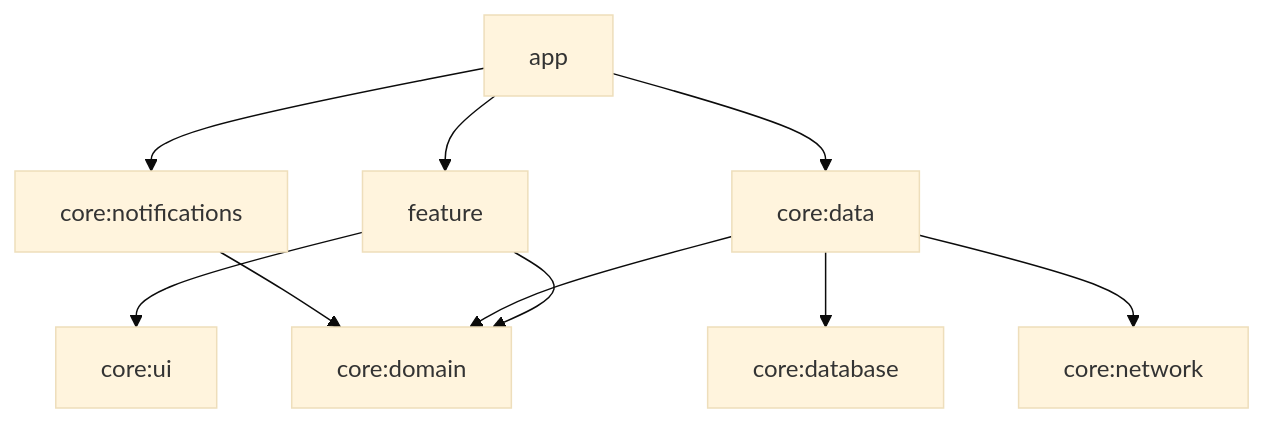
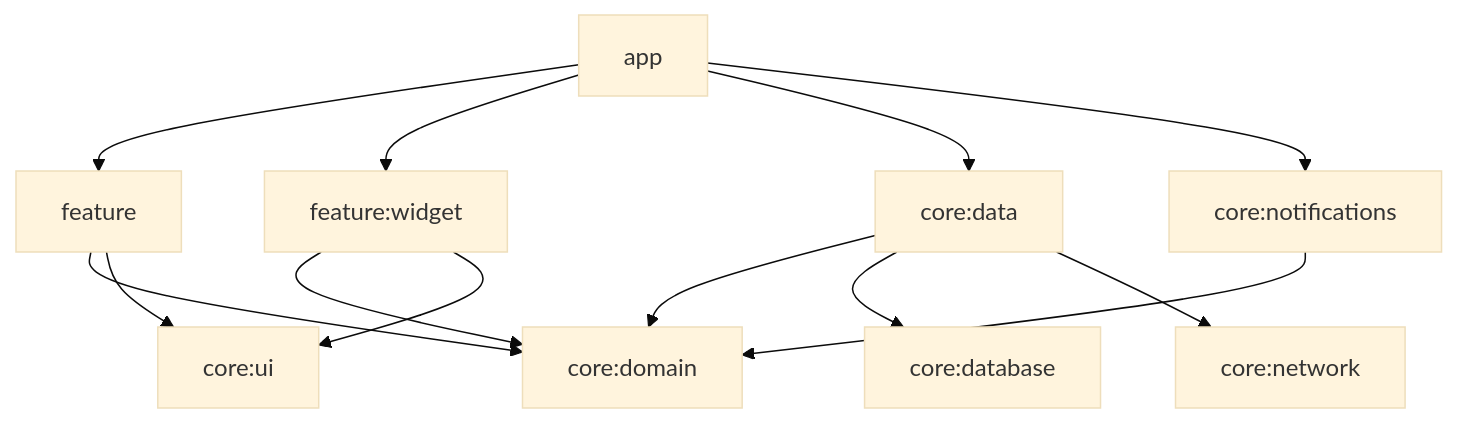
The diagram in README.md (japl600/Repzi), drawn with Mermaid (base theme) before and after one commit. The commit also changed other lines of this file and 1 other file, not shown here.

First line of the commit message:
docs: show the home widget in the README

````diff
--- a/README.md
+++ b/README.md
@@ -48,12 +51,15 @@
 ```mermaid
 graph TD
     app --> feature
+    app --> widget[feature:widget]
     app --> data[core:data]
     app --> notifications[core:notifications]
     feature --> domain[core:domain]
     feature --> ui[core:ui]
+    widget --> domain
+    widget --> ui
     data --> domain
     data --> database[core:database]
     data --> network[core:network]
     notifications --> domain
 ```
````
